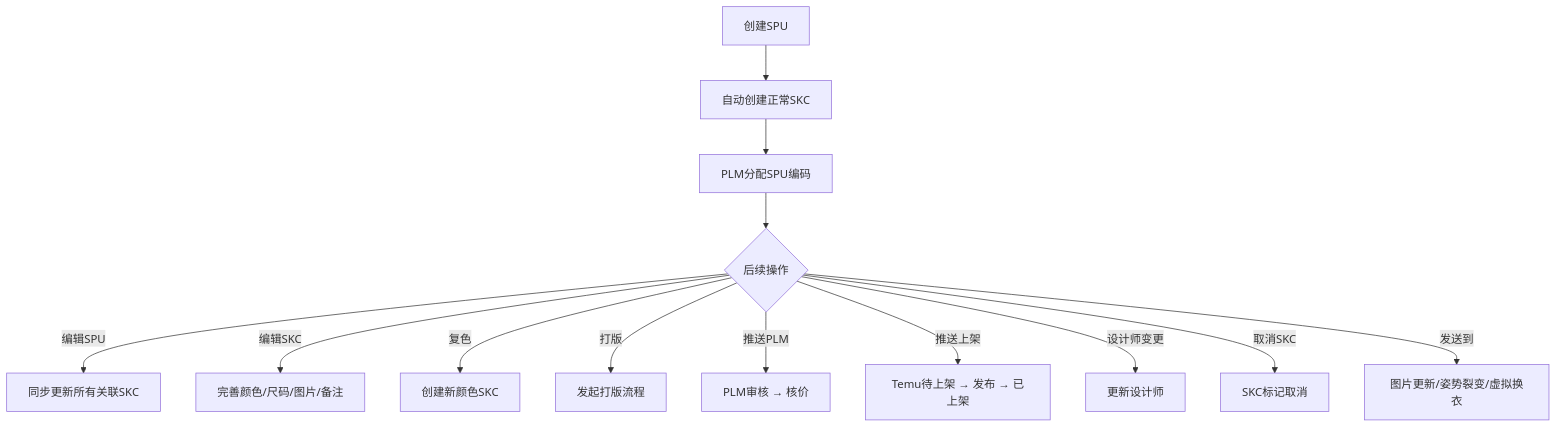
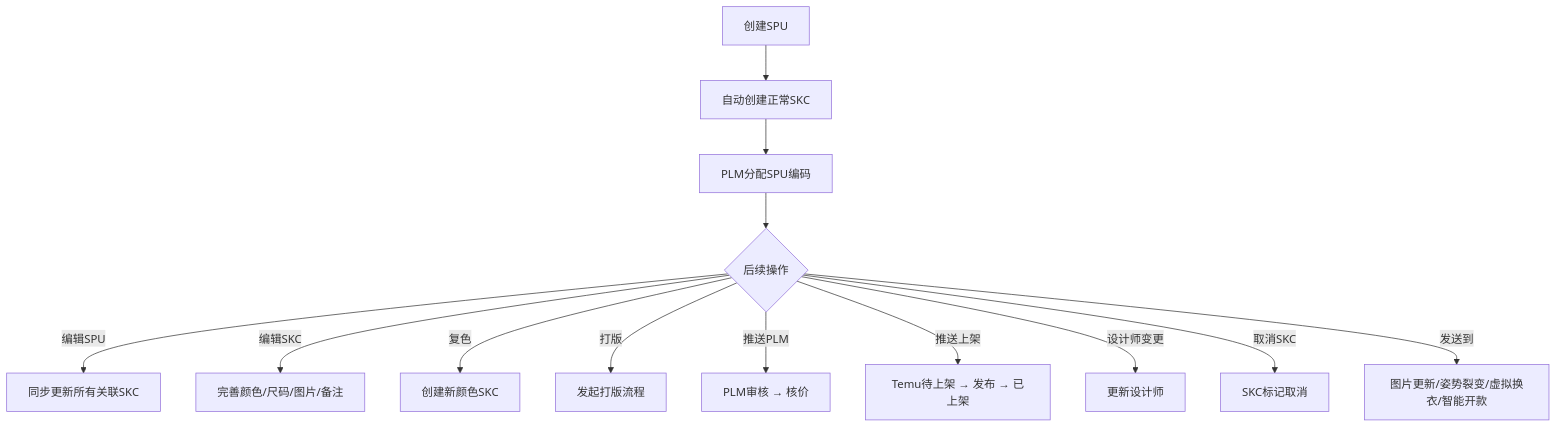
Before and after one commit to lin15622159201-arch/sdp-prd: the first of 8 diagrams in modules/style-management.md, drawn with Mermaid. The commit also changed other lines of this file and 8 other files, not shown here.

Commit message:
补充需求文档细节及截图

````diff
--- a/modules/style-management.md
+++ b/modules/style-management.md
@@ -57,15 +58,15 @@
 ```mermaid
 flowchart TD
     A[创建SPU] --> B[自动创建正常SKC]
     B --> C[PLM分配SPU编码]
     C --> D{后续操作}
     D -->|编辑SPU| E[同步更新所有关联SKC]
     D -->|编辑SKC| F[完善颜色/尺码/图片/备注]
     D -->|复色| G[创建新颜色SKC]
     D -->|打版| H[发起打版流程]
     D -->|推送PLM| I[PLM审核 → 核价]
     D -->|推送上架| J[Temu待上架 → 发布 → 已上架]
     D -->|设计师变更| K[更新设计师]
     D -->|取消SKC| L[SKC标记取消]
-    D -->|发送到| M[图片更新/姿势裂变/虚拟换衣]
+    D -->|发送到| M[图片更新/姿势裂变/虚拟换衣/智能开款]
 ```
````
